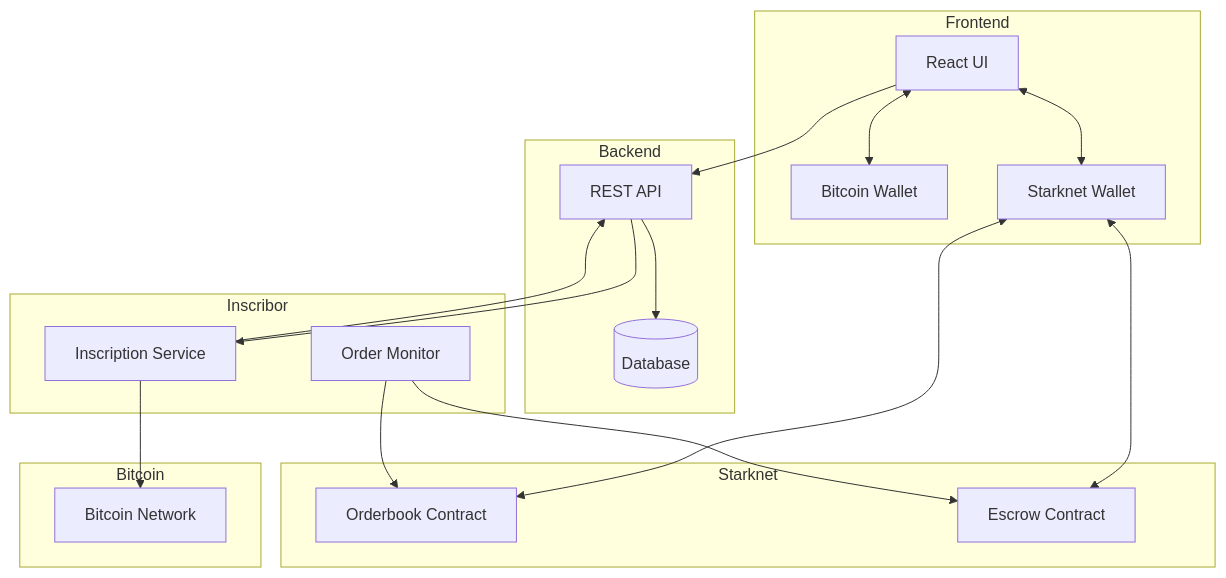
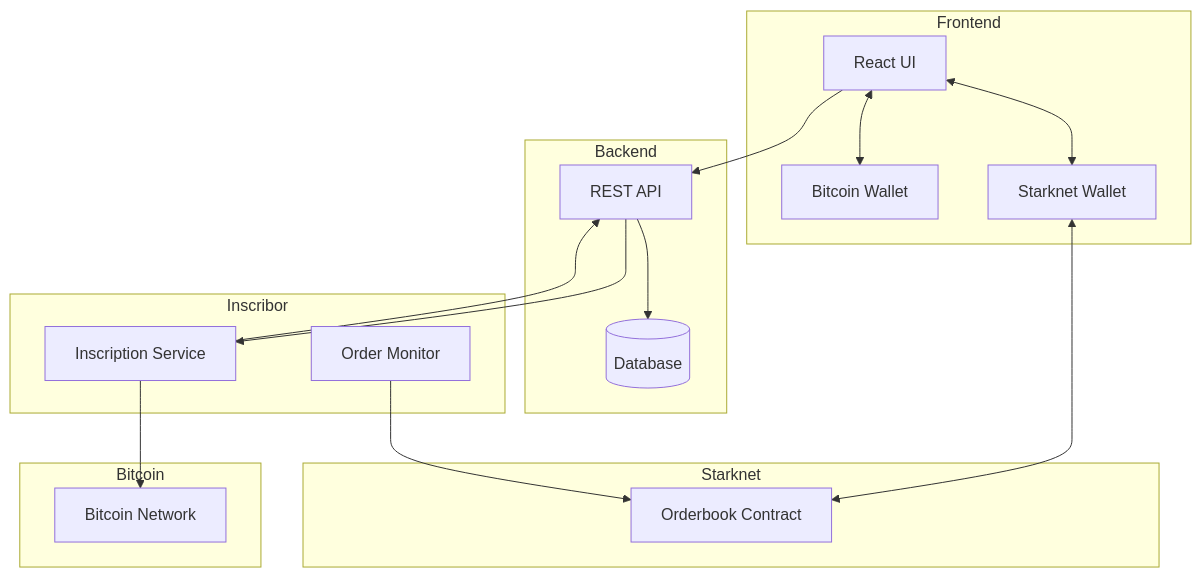
The diagram in README.md (keep-starknet-strange/broly), drawn with Mermaid before and after one commit. The commit also changed other lines of this file and 5 other files, not shown here.

Commit message:
remove redundant escrow contract

````diff
--- a/README.md
+++ b/README.md
@@ -22,39 +22,36 @@
 ```mermaid
 flowchart TB
     subgraph Frontend
         UI[React UI]
         BW[Bitcoin Wallet]
         SW[Starknet Wallet]
     end
 
     subgraph Backend
         API[REST API]
         DB[(Database)]
     end
 
     subgraph Starknet
         OB[Orderbook Contract]
-        ES[Escrow Contract]
     end
 
     subgraph Bitcoin
         BTC[Bitcoin Network]
     end
 
     subgraph Inscribor
         IS[Inscription Service]
         OM[Order Monitor]
     end
 
     UI --> API
     UI <--> BW
     UI <--> SW
     API --> DB
     SW <--> OB
-    SW <--> ES
     IS --> BTC
     OM --> OB
-    OM --> ES
     API --> IS
     IS --> API
 ```
````
